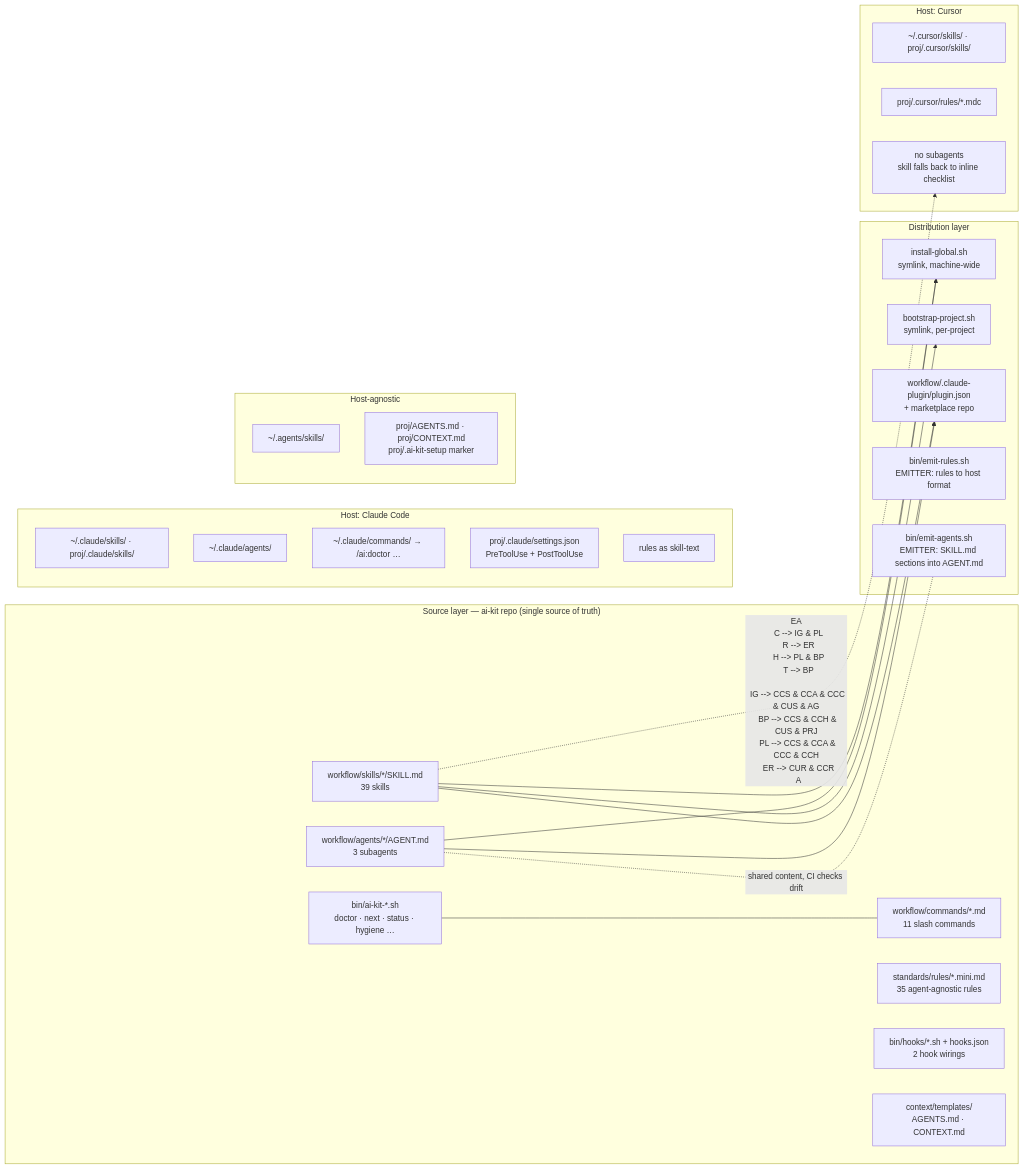
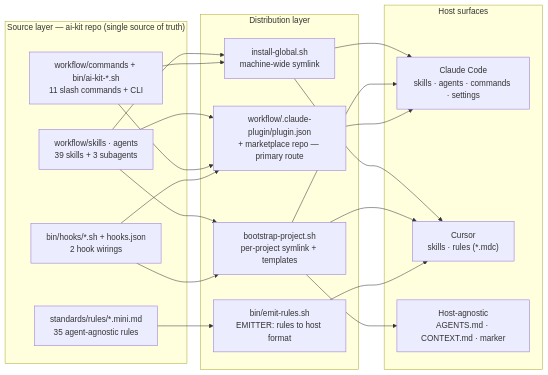
One commit to yusufkaracaburun/ai-kit changed the first of 2 diagrams in docs/diagrams.md. Above: the diagram before and after it, drawn with Mermaid. The commit also changed other lines of this file, not shown here.

Commit message:
docs(diagrams): compress the wiring diagram to the editorial 11-node view
The diagram-design smoke test proved the wiring story reads better at 11
nodes / 15 edges than as the 22-node full dump: three routes, three host
groups, one primary path. Same cuts back-ported to the Mermaid source so
GitHub keeps rendering it inline and the count-guard patterns stay intact.
Full per-surface wiring remains in architecture.md's primitives table.

````diff
--- a/docs/diagrams.md
+++ b/docs/diagrams.md
@@ -10,55 +10,32 @@
 ```mermaid
 flowchart LR
   subgraph SRC["Source layer — ai-kit repo (single source of truth)"]
-    S["workflow/skills/*/SKILL.md<br/>39 skills"]
-    A["workflow/agents/*/AGENT.md<br/>3 subagents"]
-    C["workflow/commands/*.md<br/>11 slash commands"]
+    SA["workflow/skills · agents<br/>39 skills + 3 subagents"]
+    CB["workflow/commands + bin/ai-kit-*.sh<br/>11 slash commands + CLI"]
+    H["bin/hooks/*.sh + hooks.json<br/>2 hook wirings"]
     R["standards/rules/*.mini.md<br/>35 agent-agnostic rules"]
-    H["bin/hooks/*.sh + hooks.json<br/>2 hook wirings"]
-    B["bin/ai-kit-*.sh<br/>doctor · next · status · hygiene …"]
-    T["context/templates/<br/>AGENTS.md · CONTEXT.md"]
   end
 
   subgraph DIST["Distribution layer"]
-    IG["install-global.sh<br/>symlink, machine-wide"]
-    BP["bootstrap-project.sh<br/>symlink, per-project"]
-    PL["workflow/.claude-plugin/plugin.json<br/>+ marketplace repo"]
+    IG["install-global.sh<br/>machine-wide symlink"]
+    PL["workflow/.claude-plugin/plugin.json<br/>+ marketplace repo — primary route"]
+    BP["bootstrap-project.sh<br/>per-project symlink + templates"]
     ER["bin/emit-rules.sh<br/>EMITTER: rules to host format"]
-    EA["bin/emit-agents.sh<br/>EMITTER: SKILL.md sections into AGENT.md"]
   end
 
-  subgraph CC["Host: Claude Code"]
-    CCS["~/.claude/skills/ · proj/.claude/skills/"]
-    CCA["~/.claude/agents/"]
-    CCC["~/.claude/commands/ → /ai:doctor …"]
-    CCH["proj/.claude/settings.json<br/>PreToolUse + PostToolUse"]
-    CCR["rules as skill-text"]
+  subgraph HOSTS["Host surfaces"]
+    CC["Claude Code<br/>skills · agents · commands · settings"]
+    CU["Cursor<br/>skills · rules (*.mdc)"]
+    HA["Host-agnostic<br/>AGENTS.md · CONTEXT.md · marker"]
   end
 
-  subgraph CU["Host: Cursor"]
-    CUS["~/.cursor/skills/ · proj/.cursor/skills/"]
-    CUR["proj/.cursor/rules/*.mdc"]
-    CUN["no subagents<br/>skill falls back to inline checklist"]
-  end
+  SA --> IG & BP & PL
+  CB --> IG & PL
+  H --> PL & BP
+  R --> ER
 
-  subgraph HA["Host-agnostic"]
-    AG["~/.agents/skills/"]
-    PRJ["proj/AGENTS.md · proj/CONTEXT.md<br/>proj/.ai-kit-setup marker"]
-  end
-
-  S --> IG & BP & PL
-  A --> IG & PL
-  A -. "shared content, CI checks drift" .- EA
-  S -. EA
-  C --> IG & PL
-  R --> ER
-  H --> PL & BP
-  T --> BP
-
-  IG --> CCS & CCA & CCC & CUS & AG
-  BP --> CCS & CCH & CUS & PRJ
-  PL --> CCS & CCA & CCC & CCH
-  ER --> CUR & CCR
-  A -.-> CUN
-  B --- C
+  IG --> CC & CU
+  BP --> CC & CU & HA
+  PL --> CC
+  ER --> CU
 ```
````
